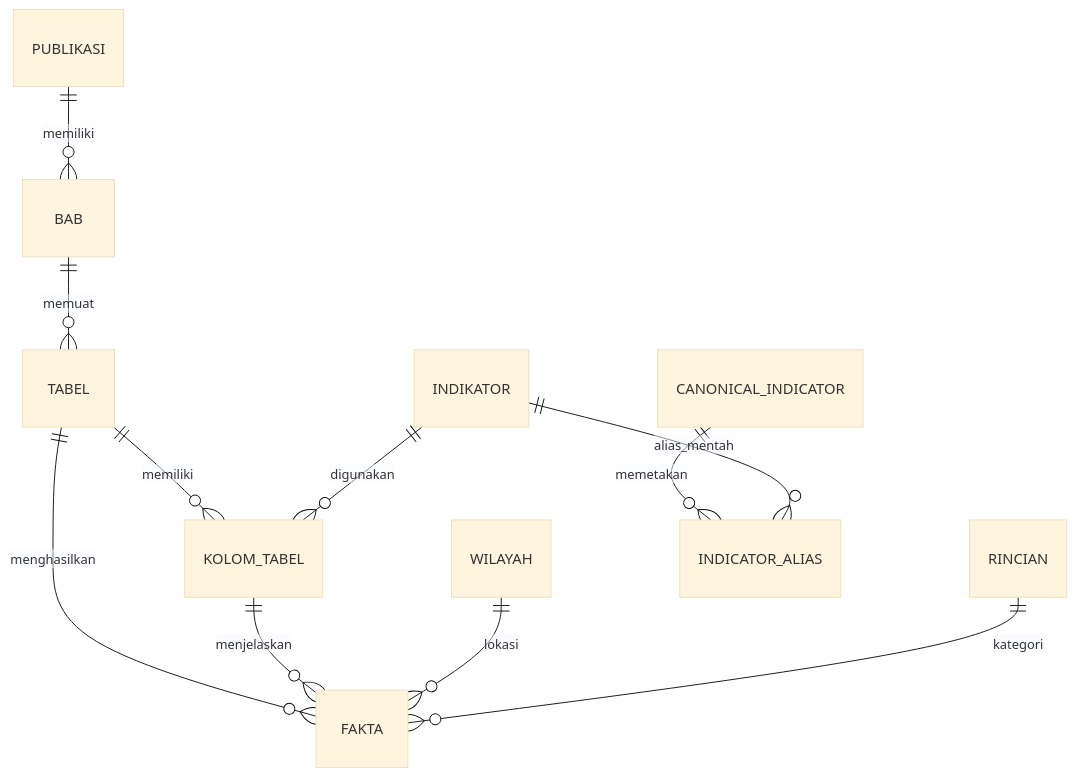
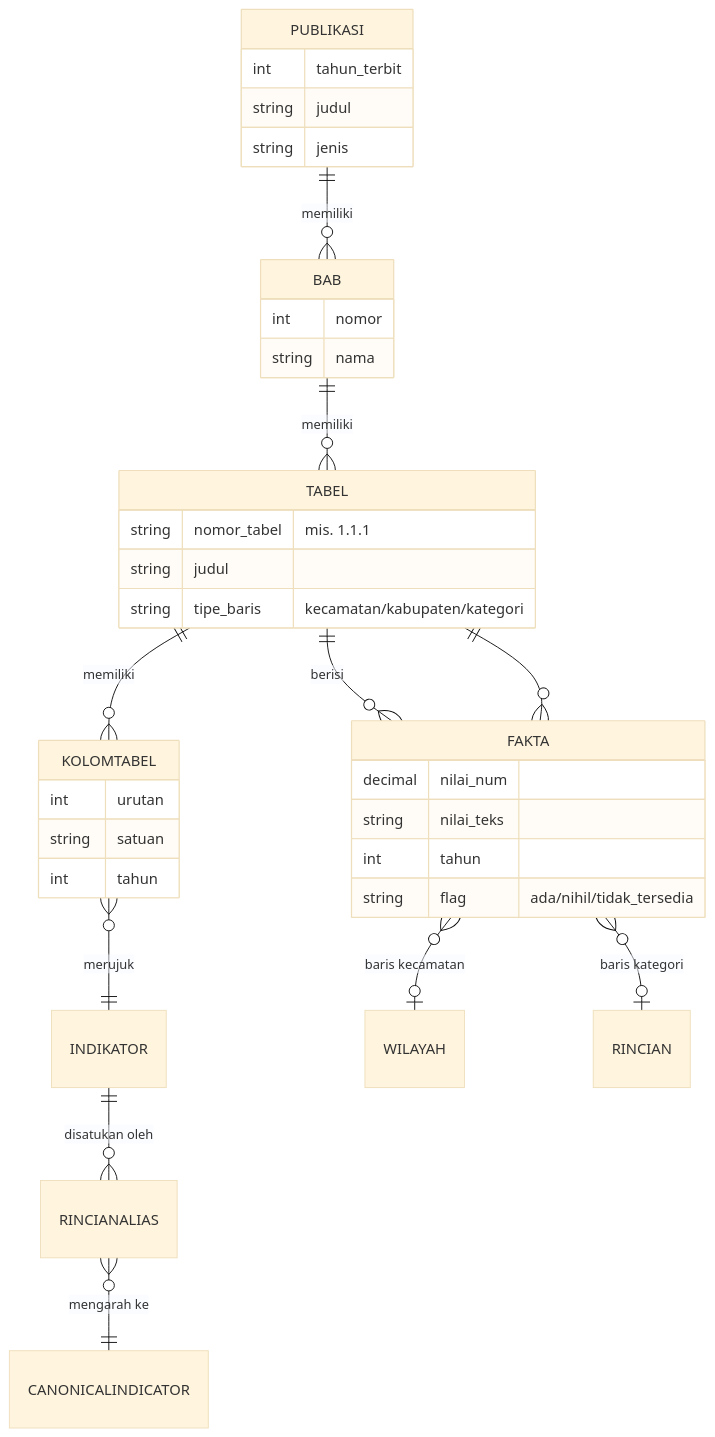
The third of 4 diagrams in README.md (feb027/Project_BPS), drawn with Mermaid (base theme) before and after one commit. The commit also changed other lines of this file and 1 other file, not shown here.

First line of the commit message:
docs: comprehensive README (architecture, migration, features); untrack AI/data/PDF artifacts from GitHub

````diff
--- a/README.md
+++ b/README.md
@@ -132,13 +106,38 @@
 ```mermaid
 erDiagram
     PUBLIKASI ||--o{ BAB : memiliki
-    BAB ||--o{ TABEL : memuat
-    TABEL ||--o{ KOLOM_TABEL : memiliki
-    TABEL ||--o{ FAKTA : menghasilkan
-    KOLOM_TABEL ||--o{ FAKTA : menjelaskan
-    INDIKATOR ||--o{ KOLOM_TABEL : digunakan
-    WILAYAH ||--o{ FAKTA : lokasi
-    RINCIAN ||--o{ FAKTA : kategori
-    CANONICAL_INDICATOR ||--o{ INDICATOR_ALIAS : memetakan
-    INDIKATOR ||--o{ INDICATOR_ALIAS : alias_mentah
+    BAB ||--o{ TABEL : memiliki
+    TABEL ||--o{ KOLOMTABEL : memiliki
+    TABEL ||--o{ FAKTA : berisi
+    KOLOMTABEL }o--|| INDIKATOR : merujuk
+    INDIKATOR ||--o{ RINCIANALIAS : "disatukan oleh"
+    RINCIANALIAS }o--|| CANONICALINDICATOR : "mengarah ke"
+    TABEL ||--o{ FAKTA : ""
+    FAKTA }o--o| WILAYAH : "baris kecamatan"
+    FAKTA }o--o| RINCIAN : "baris kategori"
+    PUBLIKASI {
+        int tahun_terbit
+        string judul
+        string jenis
+    }
+    BAB {
+        int nomor
+        string nama
+    }
+    TABEL {
+        string nomor_tabel "mis. 1.1.1"
+        string judul
+        string tipe_baris "kecamatan/kabupaten/kategori"
+    }
+    KOLOMTABEL {
+        int urutan
+        string satuan
+        int tahun
+    }
+    FAKTA {
+        decimal nilai_num
+        string nilai_teks
+        int tahun
+        string flag "ada/nihil/tidak_tersedia"
+    }
 ```
````
